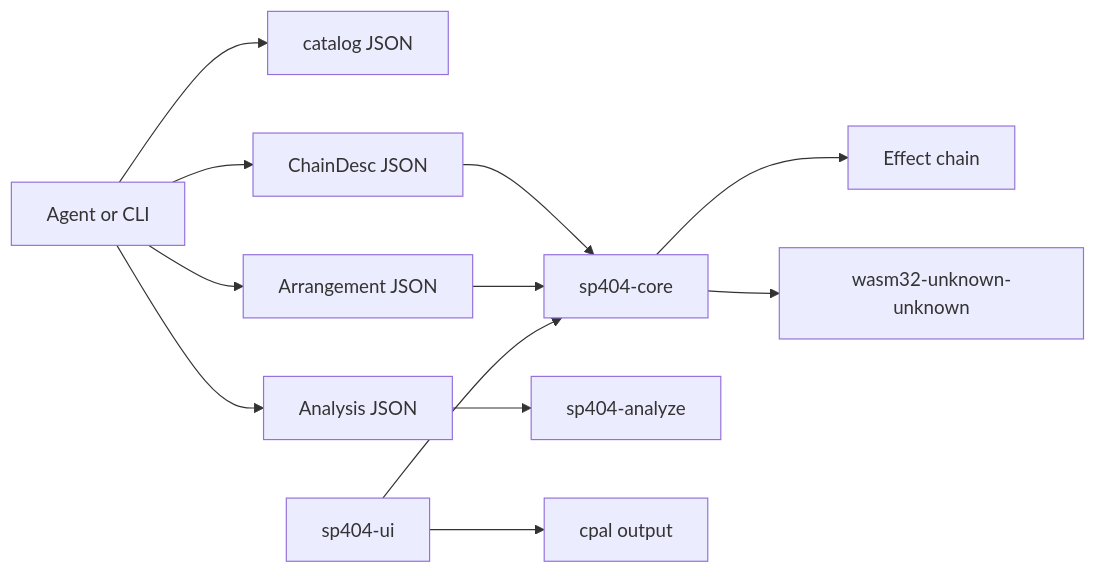
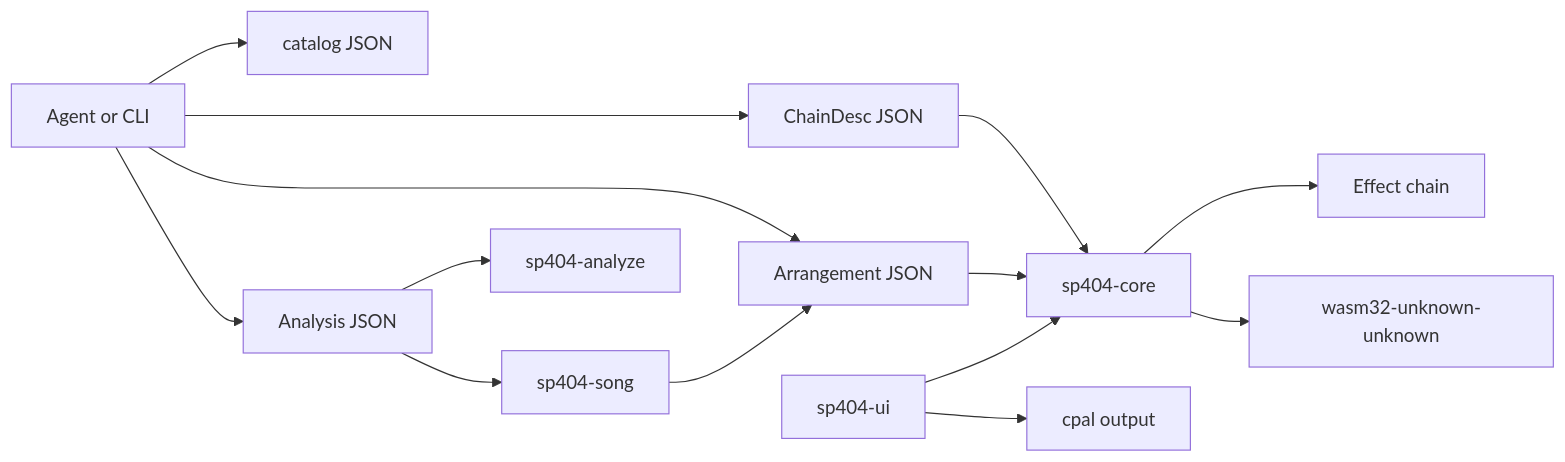
Before and after one commit to gundam-wing/sp404: the diagram in README.md, drawn with Mermaid. The commit also changed other lines of this file and 14 other files, not shown here.

````diff
--- a/README.md
+++ b/README.md
@@ -16,14 +17,16 @@
 ```mermaid
 flowchart LR
   agent["Agent or CLI"] --> catalog["catalog JSON"]
   agent --> chain["ChainDesc JSON"]
   agent --> plan["Arrangement JSON"]
   agent --> analysis["Analysis JSON"]
   chain --> core["sp404-core"]
   plan --> core
   analysis --> analyze["sp404-analyze"]
+  analysis --> song["sp404-song"]
+  song --> plan
   ui["sp404-ui"] --> core
   core --> effects["Effect chain"]
   ui --> device["cpal output"]
   core --> wasm["wasm32-unknown-unknown"]
 ```
````
